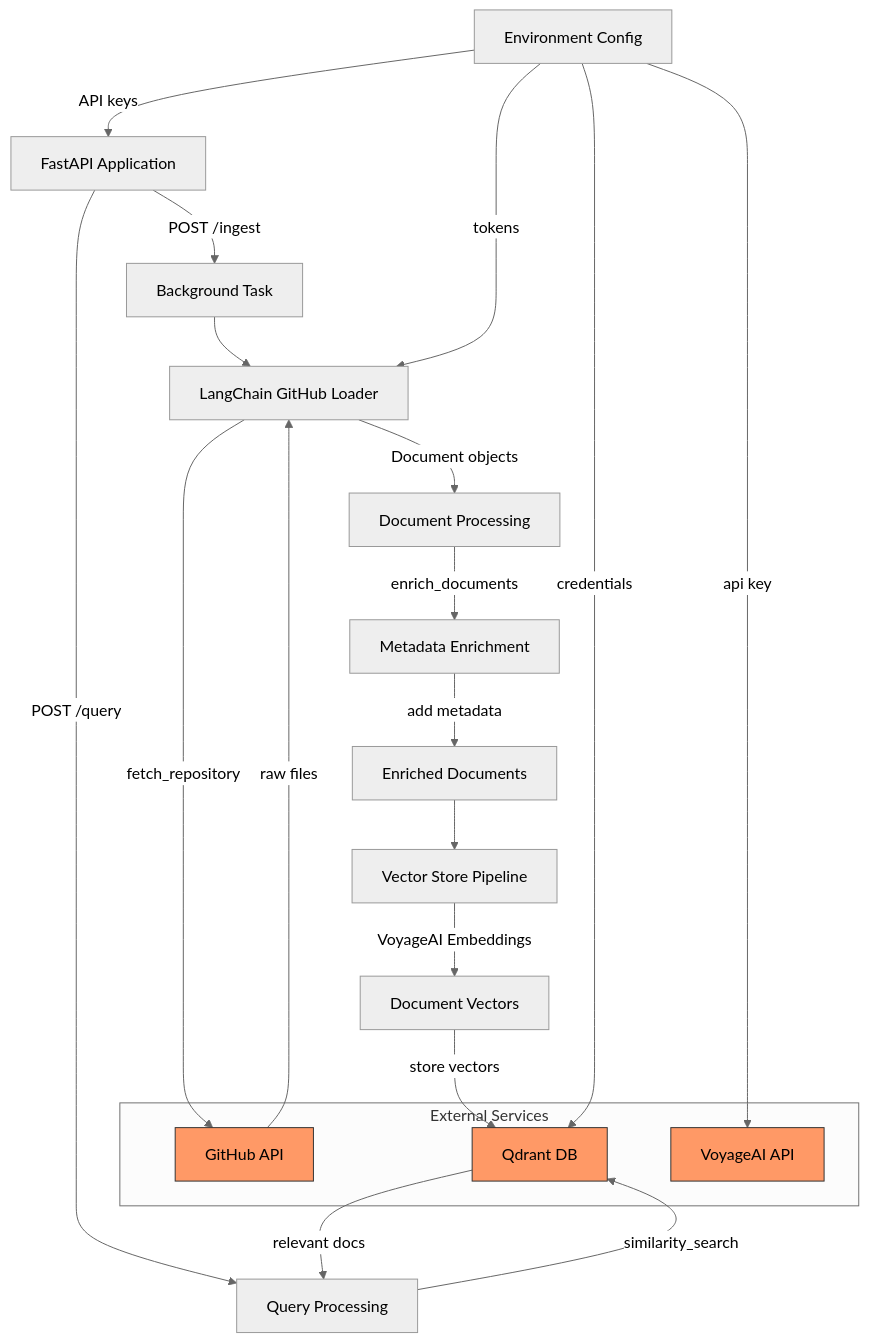
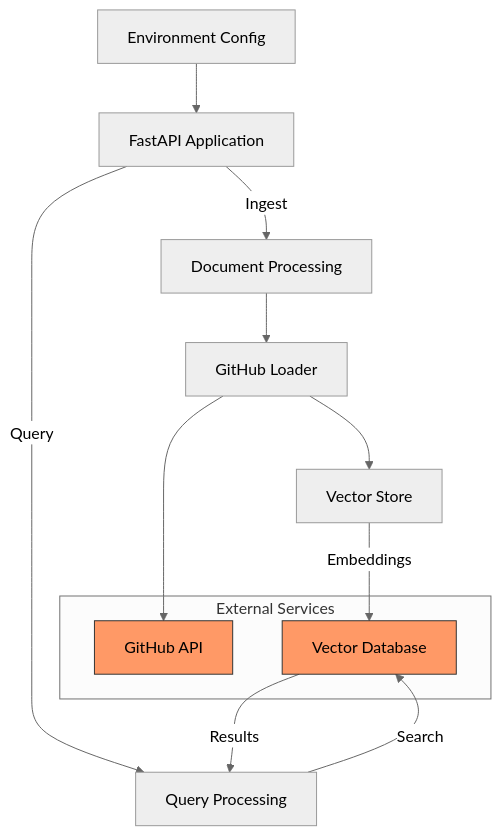
The diagram in README.md (syntax-sherlock/libscribe), drawn with Mermaid (neutral theme) before and after one commit.

Commit message:
docs: Simplify architecture diagram in README.md

````diff
--- a/README.md
+++ b/README.md
@@ -13,42 +13,29 @@
 ```mermaid
 graph TD
-    %% API Layer
-    A[FastAPI Application] --> |POST /ingest| B[Background Task]
-    A --> |POST /query| Q[Query Processing]
+    %% Core Components
+    A[FastAPI Application] --> |Ingest| B[Document Processing]
+    A --> |Query| Q[Query Processing]
 
-    %% Ingestion Layer
-    B --> C[LangChain GitHub Loader]
-    C --> |fetch_repository| D[GitHub API]
-    D --> |raw files| C
-    C --> |Document objects| E[Document Processing]
+    %% Processing Flow
+    B --> C[GitHub Loader]
+    C --> D[GitHub API]
+    C --> E[Vector Store]
 
-    %% Processing Layer
-    E --> |enrich_documents| F[Metadata Enrichment]
-    F --> |add metadata| G[Enriched Documents]
-
-    %% Storage Layer
-    G --> H[Vector Store Pipeline]
-    H --> |VoyageAI Embeddings| J[Document Vectors]
-    J --> |store vectors| K[Qdrant DB]
-
-    %% Query Layer
-    Q --> |similarity_search| K
-    K --> |relevant docs| Q
+    %% Storage & Query
+    E --> |Embeddings| K[Vector Database]
+    Q --> |Search| K
+    K --> |Results| Q
 
     %% External Services
     subgraph External Services
         D[GitHub API]
-        V[VoyageAI API]
-        K[Qdrant DB]
+        K[Vector Database]
     end
 
-    %% Configurations
-    M[Environment Config] --> |API keys| A
-    M --> |tokens| C
-    M --> |credentials| K
-    M --> |api key| V
+    %% Configuration
+    M[Environment Config] --> A
 
-    %% Data Flow Notes
+    %% Styling
     classDef external fill:#f96,stroke:#333
-    class D,V,K external
+    class D,K external
 ```
````
